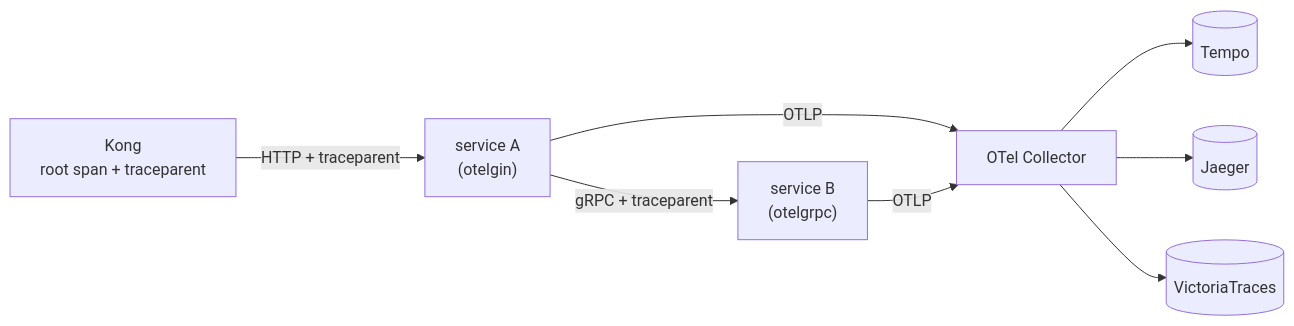
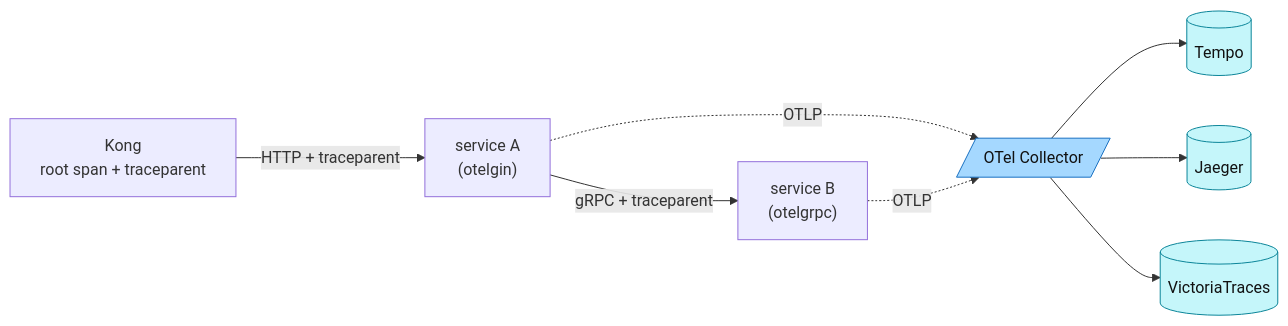
Before and after one commit to duynhlab/homelab: the fifth of 7 diagrams in docs/observability/rfc-0014-explainer.md, drawn with Mermaid. The commit also changed other lines of this file and 8 other files, not shown here.

First line of the commit message:
Restyle RFC-0014 observability diagrams (#482)

````diff
--- a/docs/observability/rfc-0014-explainer.md
+++ b/docs/observability/rfc-0014-explainer.md
@@ -217,10 +244,14 @@
 ```mermaid
 flowchart LR
     kong["Kong<br/>root span + traceparent"] -->|"HTTP + traceparent"| a["service A<br/>(otelgin)"]
     a -->|"gRPC + traceparent"| b["service B<br/>(otelgrpc)"]
-    a -->|"OTLP"| col["OTel Collector"]
-    b -->|"OTLP"| col
+    a -.->|"OTLP"| col[/"OTel Collector"/]
+    b -.->|"OTLP"| col
     col --> tempo[(Tempo)]
     col --> jaeger[(Jaeger)]
     col --> vt[(VictoriaTraces)]
+    classDef otc fill:#a5d8ff,stroke:#1971c2,color:#111;
+    classDef trace fill:#c5f6fa,stroke:#0c8599,color:#111;
+    class col otc;
+    class tempo,jaeger,vt trace;
 ```
````
